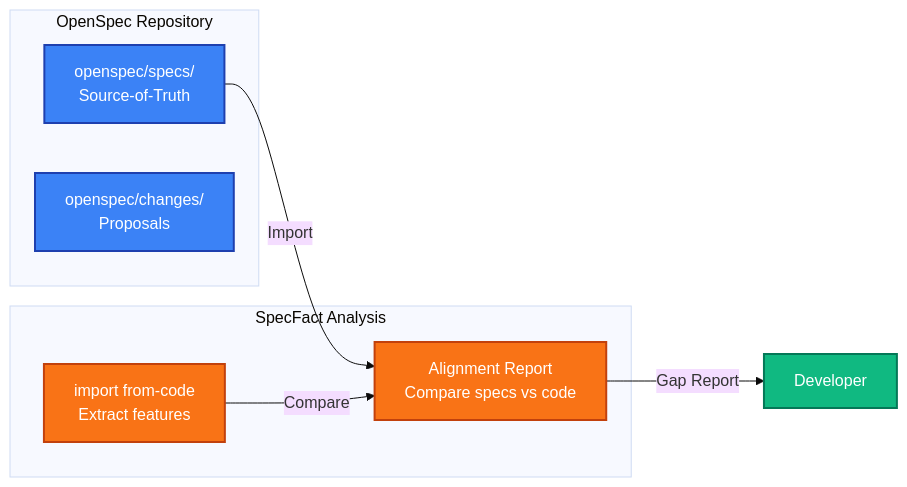
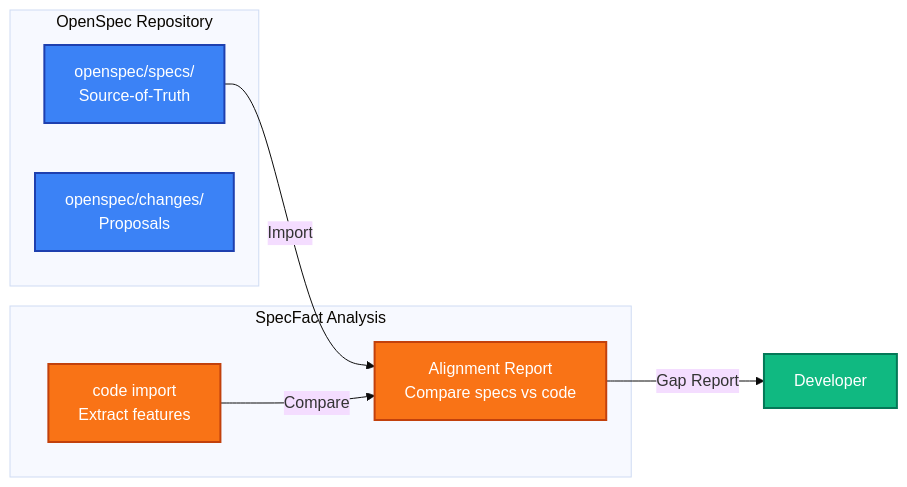
Before and after one commit to nold-ai/specfact-cli-modules: the third of 5 diagrams in docs/guides/openspec-journey.md, drawn with Mermaid (base theme). The commit also changed other lines of this file and 62 other files, not shown here.

````diff
--- a/docs/guides/openspec-journey.md
+++ b/docs/guides/openspec-journey.md
@@ -230,22 +230,22 @@
 ```mermaid
 graph LR
     subgraph "OpenSpec Repository"
         OS1[openspec/specs/<br/>Source-of-Truth]
         OS2[openspec/changes/<br/>Proposals]
     end
     
     subgraph "SpecFact Analysis"
-        SF1[import from-code<br/>Extract features]
+        SF1[code import<br/>Extract features]
         SF2[Alignment Report<br/>Compare specs vs code]
     end
     
     OS1 -->|Import| SF2
     SF1 -->|Compare| SF2
     SF2 -->|Gap Report| Dev[Developer]
     
     style OS1 fill:#3b82f6,stroke:#1e40af,stroke-width:2px,color:#fff
     style OS2 fill:#3b82f6,stroke:#1e40af,stroke-width:2px,color:#fff
     style SF1 fill:#f97316,stroke:#c2410c,stroke-width:2px,color:#fff
     style SF2 fill:#f97316,stroke:#c2410c,stroke-width:2px,color:#fff
     style Dev fill:#10b981,stroke:#047857,stroke-width:2px,color:#fff
 ```
````
